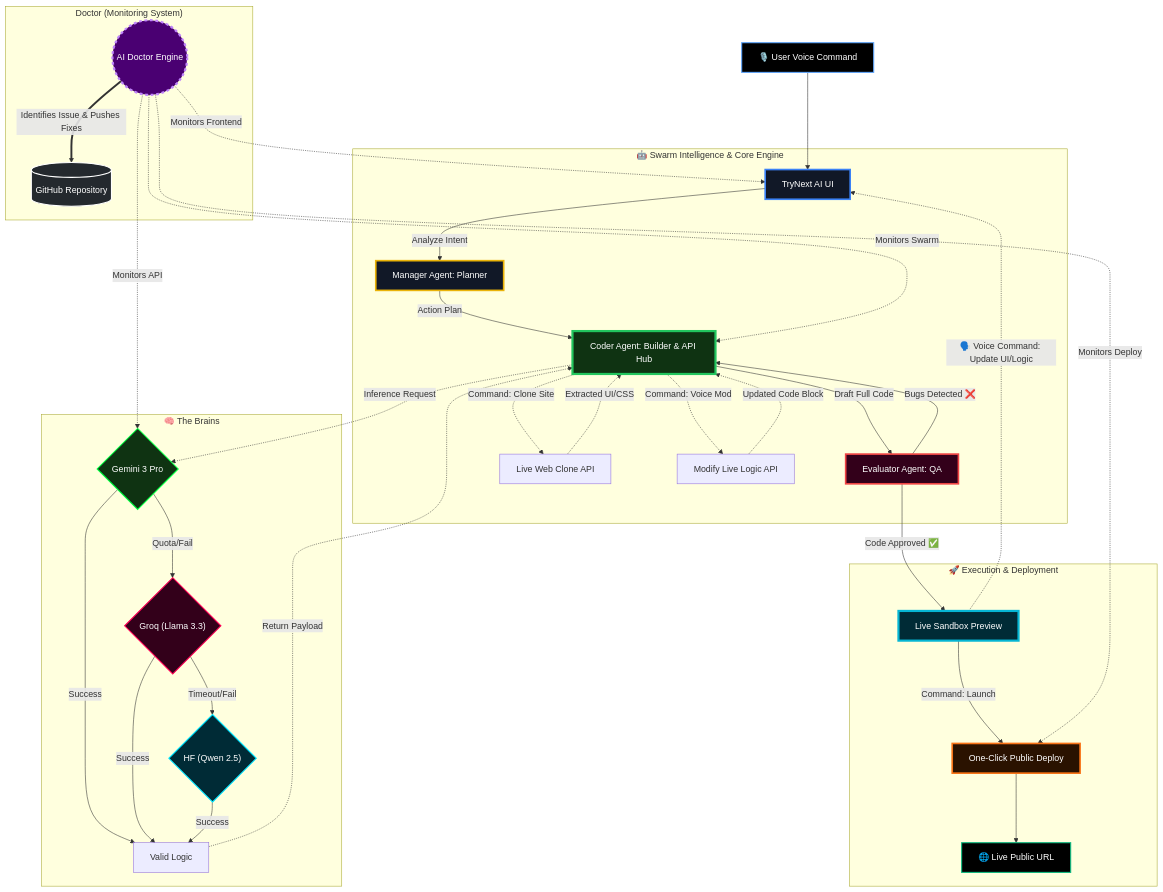
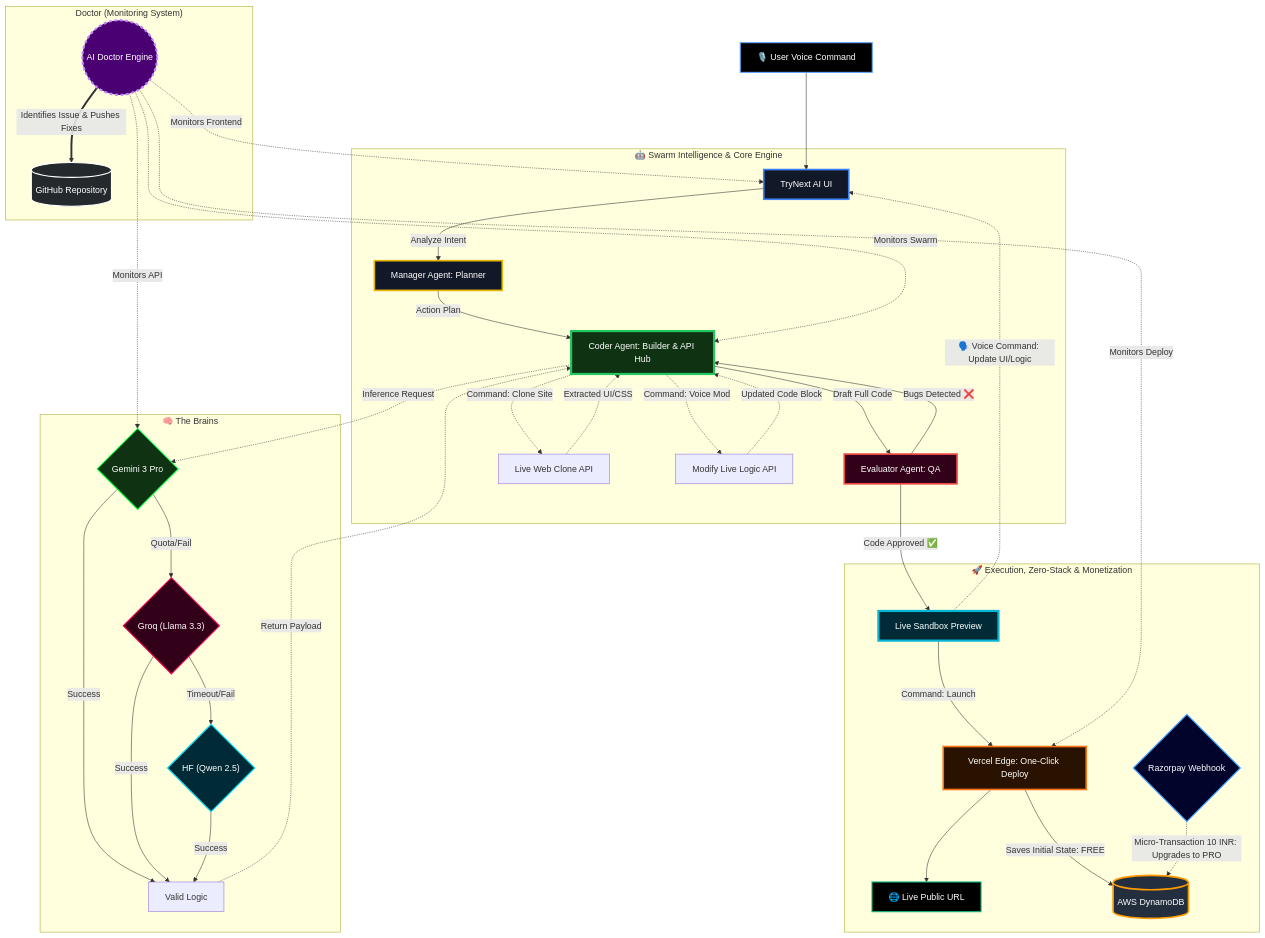
One commit to ranajitdharpersonal/trynext-ai changed the diagram in README.md. Above: the diagram before and after it, drawn with Mermaid. The commit also changed other lines of this file, not shown here.

```diff
--- a/README.md
+++ b/README.md
@@ -129,9 +134,13 @@
     %% Clean feedback loop
     Sandbox -.->|🗣️ Voice Command: Update UI/Logic| UI
 
-    subgraph "🚀 Execution & Deployment"
-        Sandbox -->|Command: Launch| Vercel[One-Click Public Deploy]
+    subgraph "🚀 Execution, Zero-Stack & Monetization"
+        Sandbox -->|Command: Launch| Vercel[Vercel Edge: One-Click Deploy]
         Vercel --> Live[🌐 Live Public URL]
+        
+        %% Database & Payment Revenue Pipeline
+        Vercel -->|Saves Initial State: FREE| DB[(AWS DynamoDB)]
+        Pay{Razorpay Webhook} -.->|Micro-Transaction 10 INR: Upgrades to PRO| DB
     end
 
     subgraph "Doctor (Monitoring System)"
@@ -154,6 +163,8 @@
     style Doctor fill:#4a0072,stroke:#c084fc,stroke-width:4px,color:#fff,stroke-dasharray: 5 5
     style GitHub fill:#24292e,stroke:#fff,stroke-width:2px,color:#fff
     style Live fill:#000,stroke:#10b981,stroke-width:2px,color:#fff
+    style DB fill:#232f3e,stroke:#ff9900,stroke-width:3px,color:#fff
+    style Pay fill:#02042b,stroke:#3395ff,stroke-width:2px,color:#fff
     %% 🔥 The Main Highlighted Pipeline (Neon Borders)
     style UI fill:#111827,stroke:#3b82f6,stroke-width:3px,color:#fff
     style M fill:#111827,stroke:#eab308,stroke-width:3px,color:#fff
```
